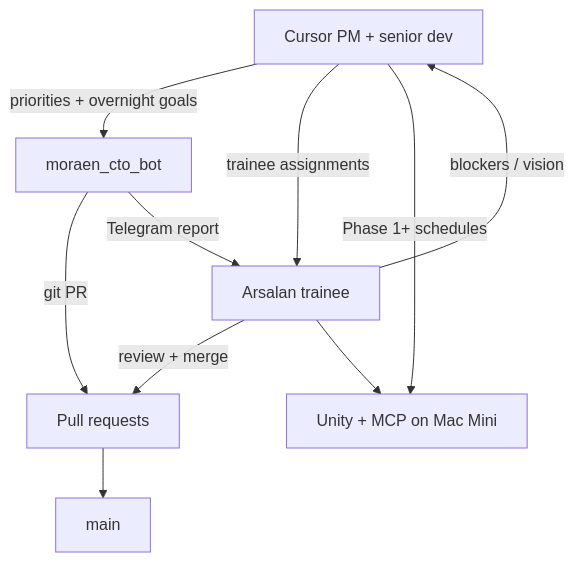
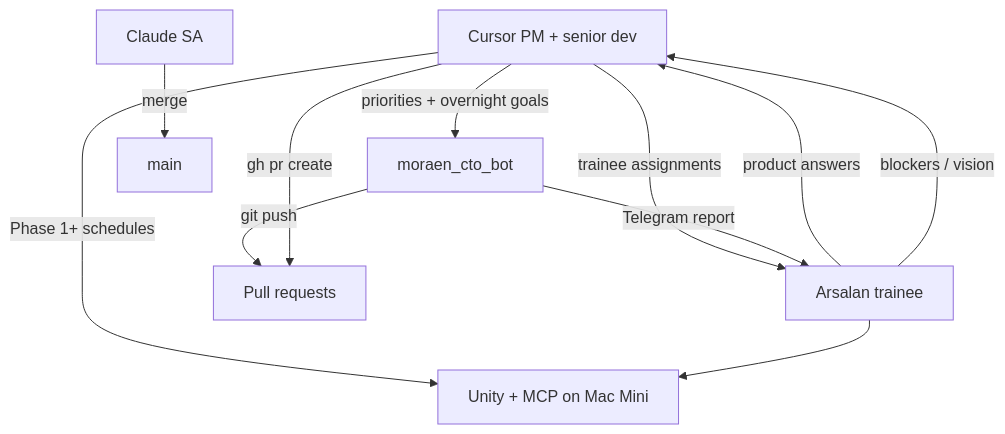
Before and after one commit to appopoleisStudios/karjat-farms: the diagram in docs/coordination.md, drawn with Mermaid. The commit also changed other lines of this file and 6 other files, not shown here.

````diff
--- a/docs/coordination.md
+++ b/docs/coordination.md
@@ -40,19 +40,21 @@
 ```mermaid
 flowchart TB
   PM[Cursor PM + senior dev]
   Trainee[Arsalan trainee]
   MoraenBot[moraen_cto_bot]
   Unity[Unity + MCP on Mac Mini]
   PR[Pull requests]
+  SA[Claude SA]
   Main[main]
 
   PM -->|priorities + overnight goals| MoraenBot
   PM -->|trainee assignments| Trainee
-  MoraenBot -->|git PR| PR
-  Trainee -->|review + merge| PR
-  PR --> Main
+  MoraenBot -->|git push| PR
+  Trainee -->|product answers| PM
+  PM -->|gh pr create| PR
+  SA -->|merge| Main
   PM -->|Phase 1+ schedules| Unity
   Trainee --> Unity
   MoraenBot -->|Telegram report| Trainee
   Trainee -->|blockers / vision| PM
 ```
````
